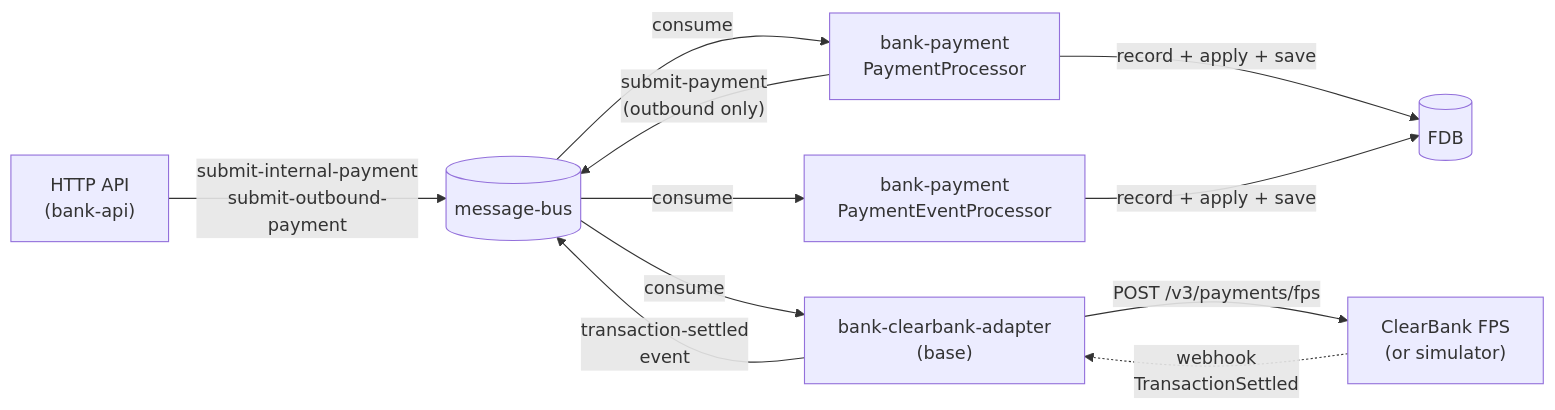
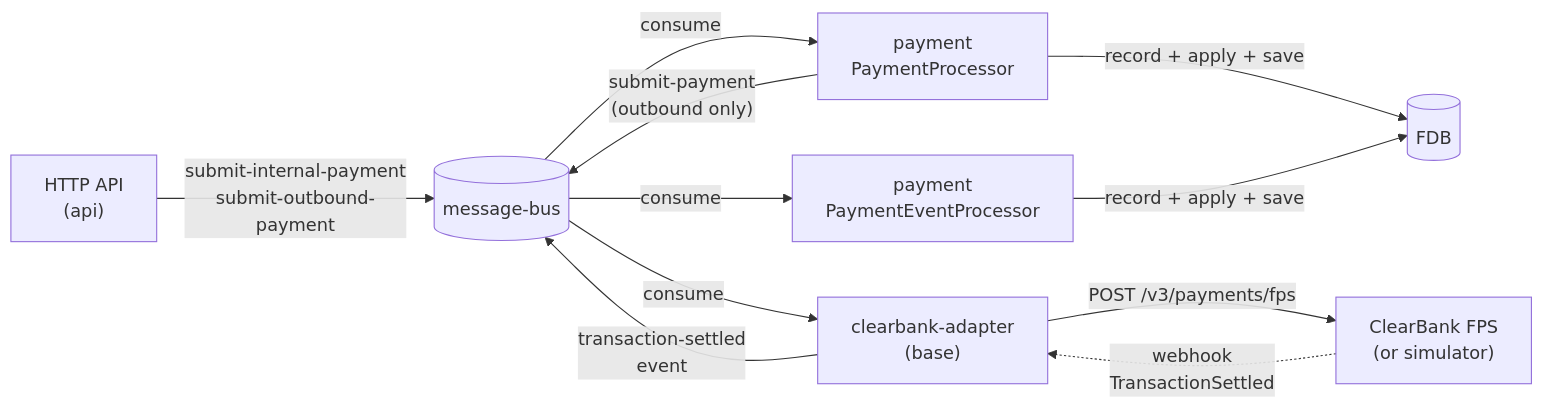
Before and after one commit to kjothen/queenswood: the first of 6 diagrams in docs/tdd/payments.md, drawn with Mermaid. The commit also changed other lines of this file and 51 other files, not shown here.

````diff
--- a/docs/tdd/payments.md
+++ b/docs/tdd/payments.md
@@ -87,21 +87,21 @@
 ```mermaid
 graph LR
-    HTTP["HTTP API<br/>(bank-api)"]
-    PP["bank-payment<br/>PaymentProcessor"]
-    PEP["bank-payment<br/>PaymentEventProcessor"]
+    HTTP["HTTP API<br/>(api)"]
+    PP["payment<br/>PaymentProcessor"]
+    PEP["payment<br/>PaymentEventProcessor"]
     BUS[("message-bus")]
     FDB[("FDB")]
-    ADAPTER["bank-clearbank-adapter<br/>(base)"]
+    ADAPTER["clearbank-adapter<br/>(base)"]
     CB["ClearBank FPS<br/>(or simulator)"]
 
     HTTP -->|"submit-internal-payment<br/>submit-outbound-payment"| BUS
     BUS -->|consume| PP
     PP -->|"record + apply + save"| FDB
     PP -->|"submit-payment<br/>(outbound only)"| BUS
     BUS -->|consume| ADAPTER
     ADAPTER -->|"POST /v3/payments/fps"| CB
     CB -.->|"webhook<br/>TransactionSettled"| ADAPTER
     ADAPTER -->|"transaction-settled<br/>event"| BUS
     BUS -->|consume| PEP
     PEP -->|"record + apply + save"| FDB
 ```
````
